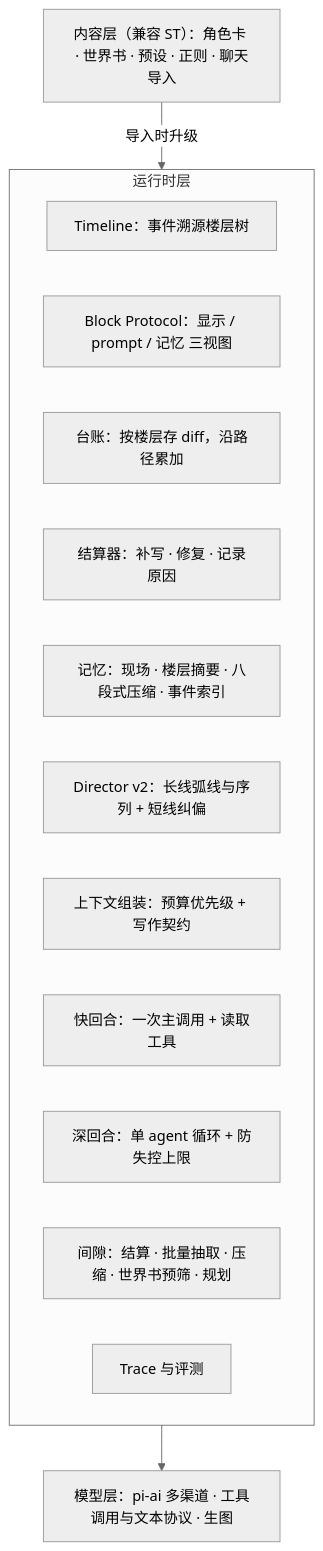
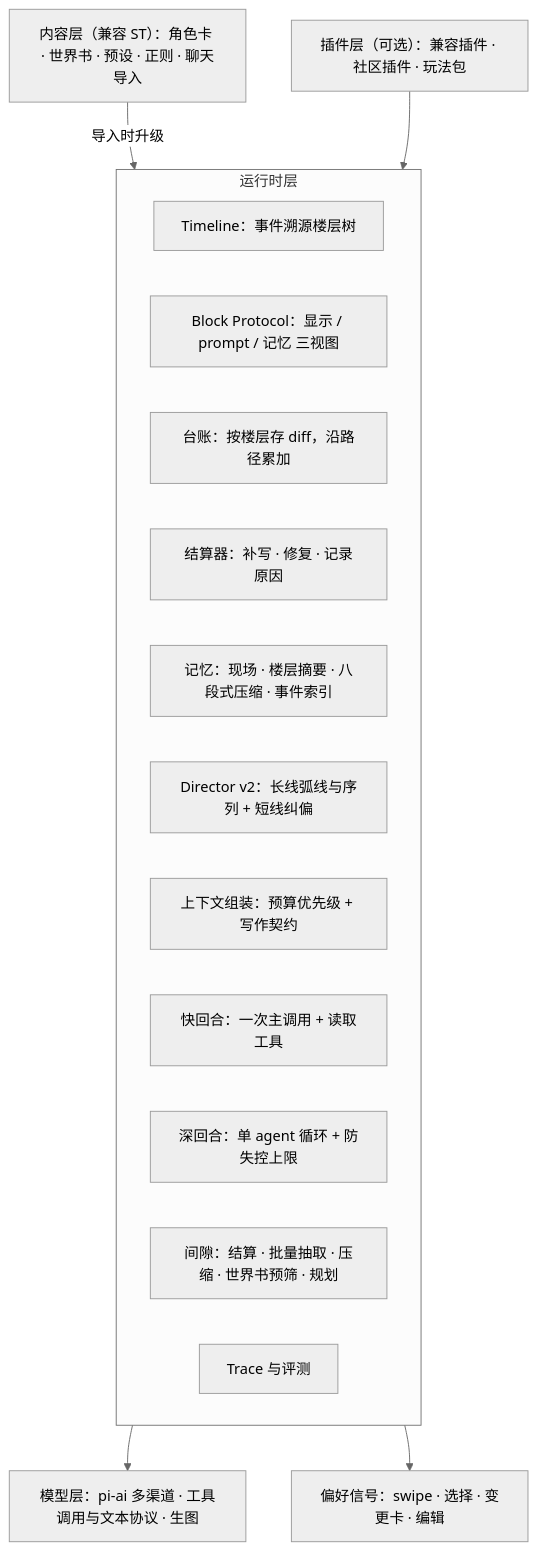
Before and after one commit to Theater-ahyeon/Dramaticer: the diagram in docs/DESIGN.md, drawn with Mermaid (neutral theme). The commit also changed other lines of this file and 5 other files, not shown here.

````diff
--- a/docs/DESIGN.md
+++ b/docs/DESIGN.md
@@ -48,20 +70,22 @@
 ```mermaid
 flowchart TB
     content["内容层（兼容 ST）：角色卡 · 世界书 · 预设 · 正则 · 聊天导入"]
     subgraph runtime["运行时层"]
         timeline["Timeline：事件溯源楼层树"]
         blocks["Block Protocol：显示 / prompt / 记忆 三视图"]
         ledger["台账：按楼层存 diff，沿路径累加"]
         settler["结算器：补写 · 修复 · 记录原因"]
         memory["记忆：现场 · 楼层摘要 · 八段式压缩 · 事件索引"]
         director["Director v2：长线弧线与序列 + 短线纠偏"]
         context["上下文组装：预算优先级 + 写作契约"]
         fast["快回合：一次主调用 + 读取工具"]
         deep["深回合：单 agent 循环 + 防失控上限"]
         gap["间隙：结算 · 批量抽取 · 压缩 · 世界书预筛 · 规划"]
         trace["Trace 与评测"]
     end
     models["模型层：pi-ai 多渠道 · 工具调用与文本协议 · 生图"]
     content -->|导入时升级| runtime
+    plugins["插件层（可选）：兼容插件 · 社区插件 · 玩法包"] --> runtime
     runtime --> models
+    runtime --> preferences["偏好信号：swipe · 选择 · 变更卡 · 编辑"]
 ```
````
